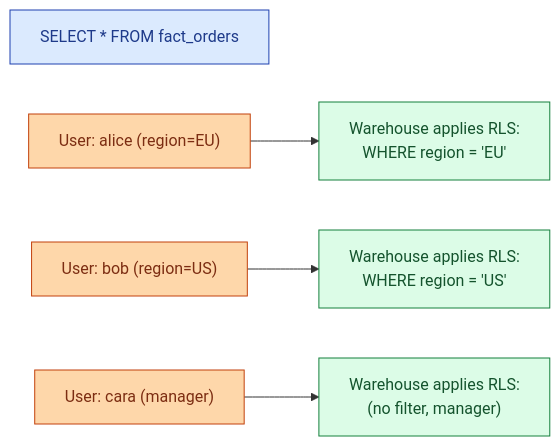
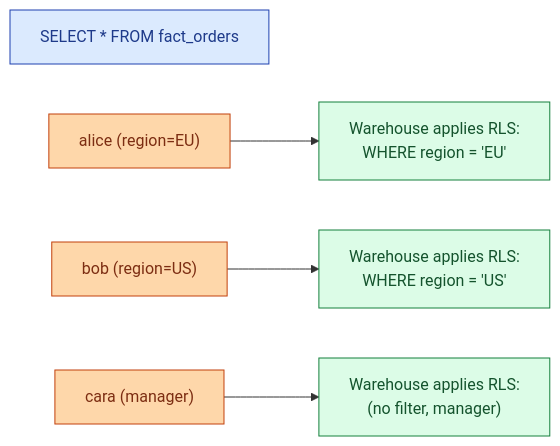
One commit to shiningflash/shiningflash.github.io changed the first of 3 diagrams in _de_concepts/061-row-level-security.md. Above: the diagram before and after it, drawn with Mermaid. The commit also changed other lines of this file and 69 other files, not shown here.

````diff
--- a/_de_concepts/061-row-level-security.md
+++ b/_de_concepts/061-row-level-security.md
@@ -12,14 +12,14 @@
 ```mermaid
 flowchart LR
     Q["SELECT * FROM fact_orders"]:::q
-    U1["User: alice (region=EU)"]:::u
-    U2["User: bob (region=US)"]:::u
-    U3["User: cara (manager)"]:::u
+    U1["alice (region=EU)"]:::u
+    U2["bob (region=US)"]:::u
+    U3["cara (manager)"]:::u
     U1 --> WH["Warehouse applies RLS:<br/>WHERE region = 'EU'"]:::wh
     U2 --> WH2["Warehouse applies RLS:<br/>WHERE region = 'US'"]:::wh
     U3 --> WH3["Warehouse applies RLS:<br/>(no filter, manager)"]:::wh
 
     classDef q fill:#dbeafe,stroke:#1e40af,color:#1e3a8a
     classDef u fill:#fed7aa,stroke:#c2410c,color:#7c2d12
     classDef wh fill:#dcfce7,stroke:#15803d,color:#14532d
 ```
````
